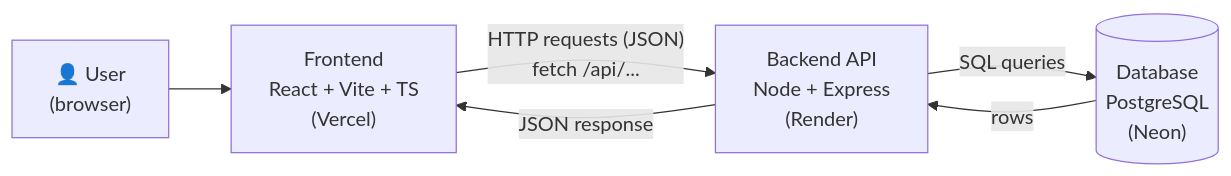
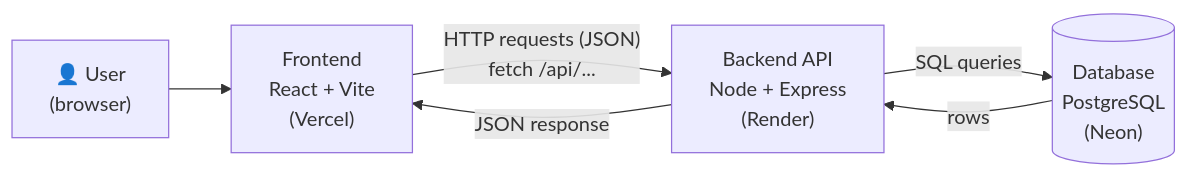
Before and after one commit to R3sty/japan-hidden-spots: the first of 3 diagrams in docs/ARCHITECTURE.md, drawn with Mermaid. The commit also changed 4 other files, not shown here.

````diff
--- a/docs/ARCHITECTURE.md
+++ b/docs/ARCHITECTURE.md
@@ -7,8 +7,8 @@
 ```mermaid
 flowchart LR
-    U["👤 User<br/>(browser)"] --> FE["Frontend<br/>React + Vite + TS<br/>(Vercel)"]
+    U["👤 User<br/>(browser)"] --> FE["Frontend<br/>React + Vite<br/>(Vercel)"]
     FE -- "HTTP requests (JSON)<br/>fetch /api/..." --> BE["Backend API<br/>Node + Express<br/>(Render)"]
     BE -- "SQL queries" --> DB[("Database<br/>PostgreSQL<br/>(Neon)")]
     DB -- rows --> BE
     BE -- "JSON response" --> FE
 ```
````
